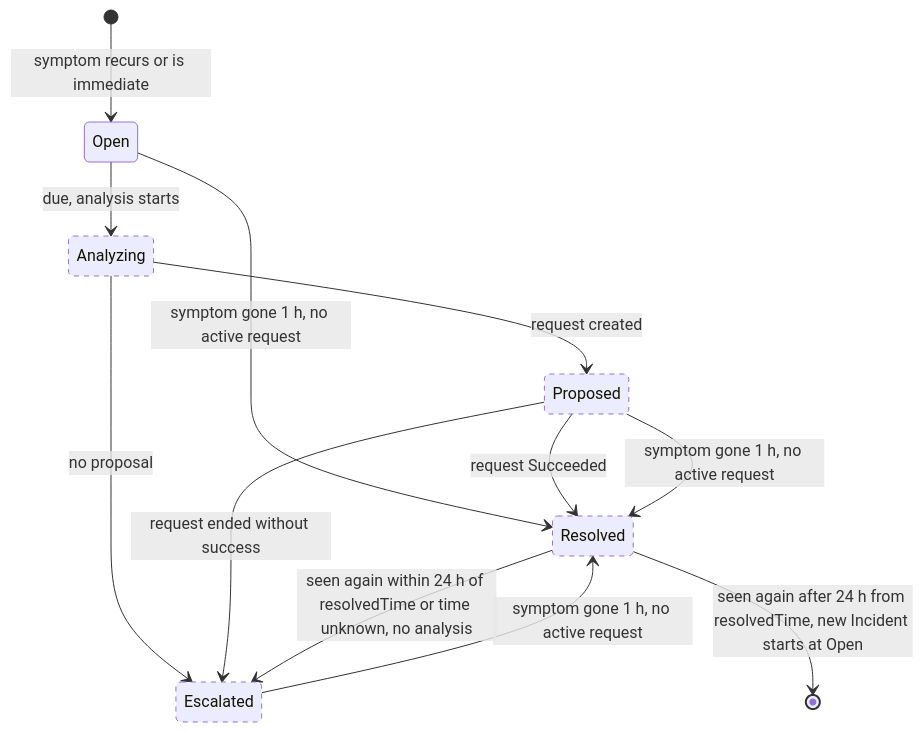
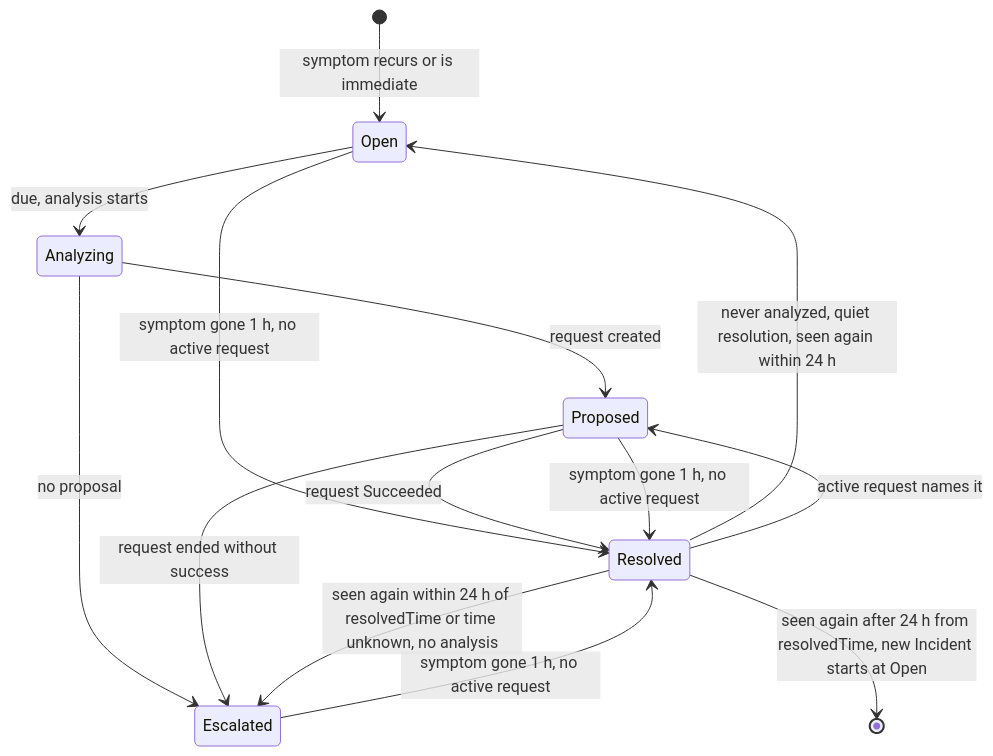
The first of 2 diagrams in docs/design/3-observation-and-deduplication.md (pkalin/shadewright), drawn with Mermaid before and after one commit. The commit also changed other lines of this file and 19 other files, not shown here.

First line of the commit message:
feat(analyzer): resolve and escalate Incidents from quiet time and request phases (#477)

````diff
--- a/docs/design/3-observation-and-deduplication.md
+++ b/docs/design/3-observation-and-deduplication.md
@@ -338,16 +349,16 @@
 ```mermaid
 stateDiagram-v2
-    classDef planned stroke-dasharray: 5 5
     [*] --> Open: symptom recurs or is immediate
     Open --> Analyzing: due, analysis starts
     Analyzing --> Proposed: request created
     Analyzing --> Escalated: no proposal
     Open --> Resolved: symptom gone 1 h, no active request
     Proposed --> Resolved: request Succeeded
     Proposed --> Escalated: request ended without success
     Proposed --> Resolved: symptom gone 1 h, no active request
     Escalated --> Resolved: symptom gone 1 h, no active request
     Resolved --> Escalated: seen again within 24 h of resolvedTime or time unknown, no analysis
+    Resolved --> Open: never analyzed, quiet resolution, seen again within 24 h
+    Resolved --> Proposed: active request names it
     Resolved --> [*]: seen again after 24 h from resolvedTime, new Incident starts at Open
-    class Analyzing,Proposed,Escalated,Resolved planned
 ```
````
